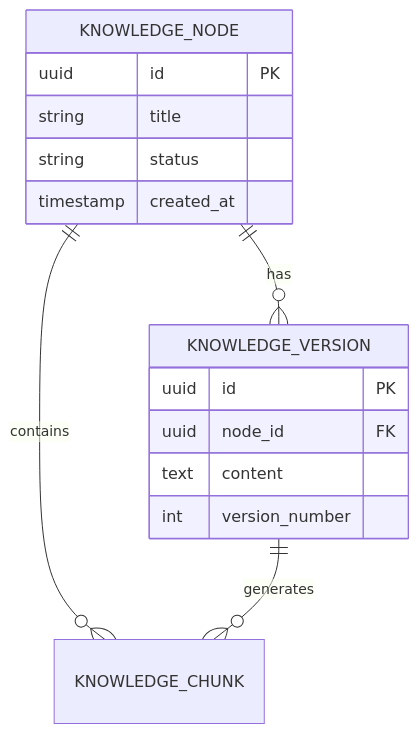
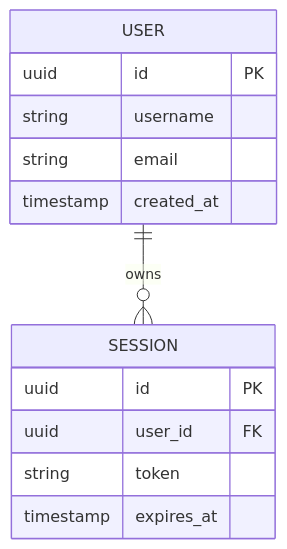
One commit to ChihayaAnonnn/mygo changed the third of 3 diagrams in backend/docs/writing_guide.md. Above: the diagram before and after it, drawn with Mermaid. The commit also changed other lines of this file and 91 other files, not shown here.

````diff
--- a/backend/docs/writing_guide.md
+++ b/backend/docs/writing_guide.md
@@ -51,20 +51,18 @@
 ```mermaid
 erDiagram
-    KNOWLEDGE_NODE ||--o{ KNOWLEDGE_VERSION : has
-    KNOWLEDGE_NODE ||--o{ KNOWLEDGE_CHUNK : contains
-    KNOWLEDGE_VERSION ||--o{ KNOWLEDGE_CHUNK : generates
+    USER ||--o{ SESSION : owns
     
-    KNOWLEDGE_NODE {
+    USER {
         uuid id PK
-        string title
-        string status
+        string username
+        string email
         timestamp created_at
     }
     
-    KNOWLEDGE_VERSION {
+    SESSION {
         uuid id PK
-        uuid node_id FK
-        text content
-        int version_number
+        uuid user_id FK
+        string token
+        timestamp expires_at
     }
 ```
````
